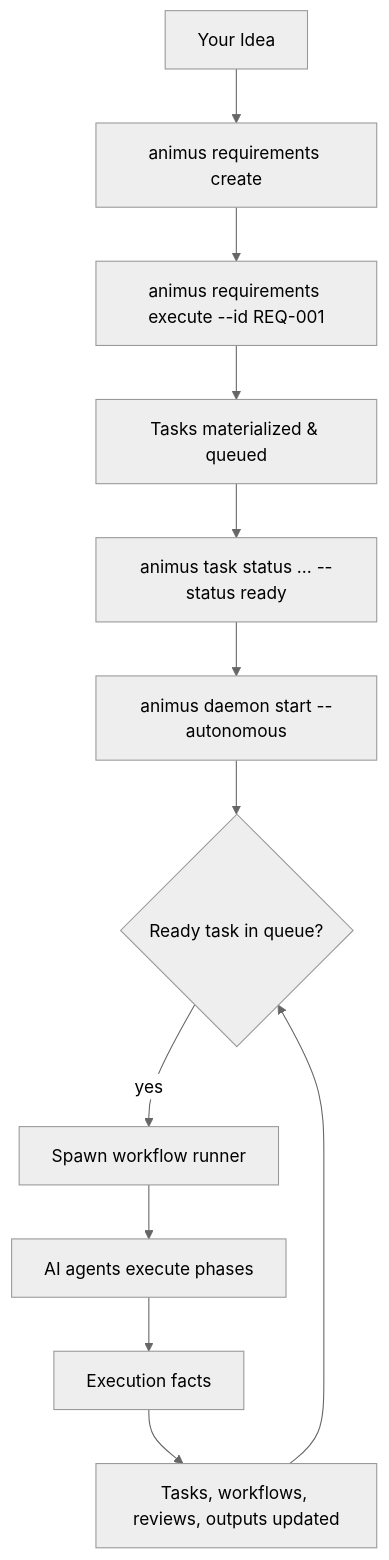
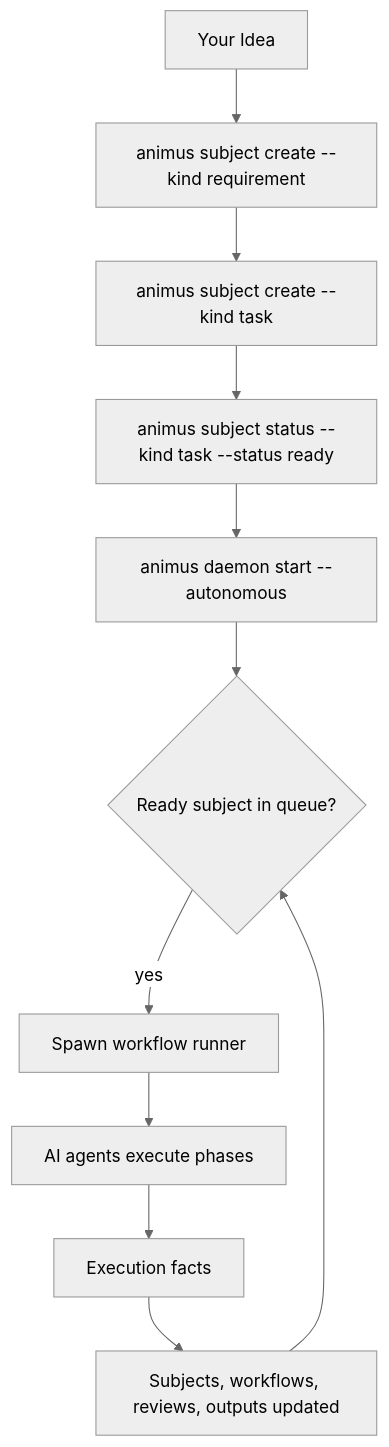
Before and after one commit to launchapp-dev/ao-cli: the diagram in docs/getting-started/typical-day.md, drawn with Mermaid (neutral theme). The commit also changed other lines of this file and 15 other files, not shown here.

````diff
--- a/docs/getting-started/typical-day.md
+++ b/docs/getting-started/typical-day.md
@@ -7,16 +8,15 @@
 ```mermaid
 flowchart TB
     IDEA["Your Idea"]
-    --> REQ["animus requirements create"]
-    --> EXECUTE["animus requirements execute --id REQ-001"]
-    --> TASKS["Tasks materialized & queued"]
-    --> READY["animus task status ... --status ready"]
+    --> REQ["animus subject create --kind requirement"]
+    --> TASK["animus subject create --kind task"]
+    --> READY["animus subject status --kind task --status ready"]
     --> DAEMON["animus daemon start --autonomous"]
 
-    DAEMON --> LOOP{"Ready task in queue?"}
+    DAEMON --> LOOP{"Ready subject in queue?"}
     LOOP -->|"yes"| WORKFLOW["Spawn workflow runner"]
     WORKFLOW --> RUNNER["AI agents execute phases"]
     RUNNER --> FACTS["Execution facts"]
-    FACTS --> STATE["Tasks, workflows, reviews, outputs updated"]
+    FACTS --> STATE["Subjects, workflows, reviews, outputs updated"]
     STATE --> LOOP
 ```
````
